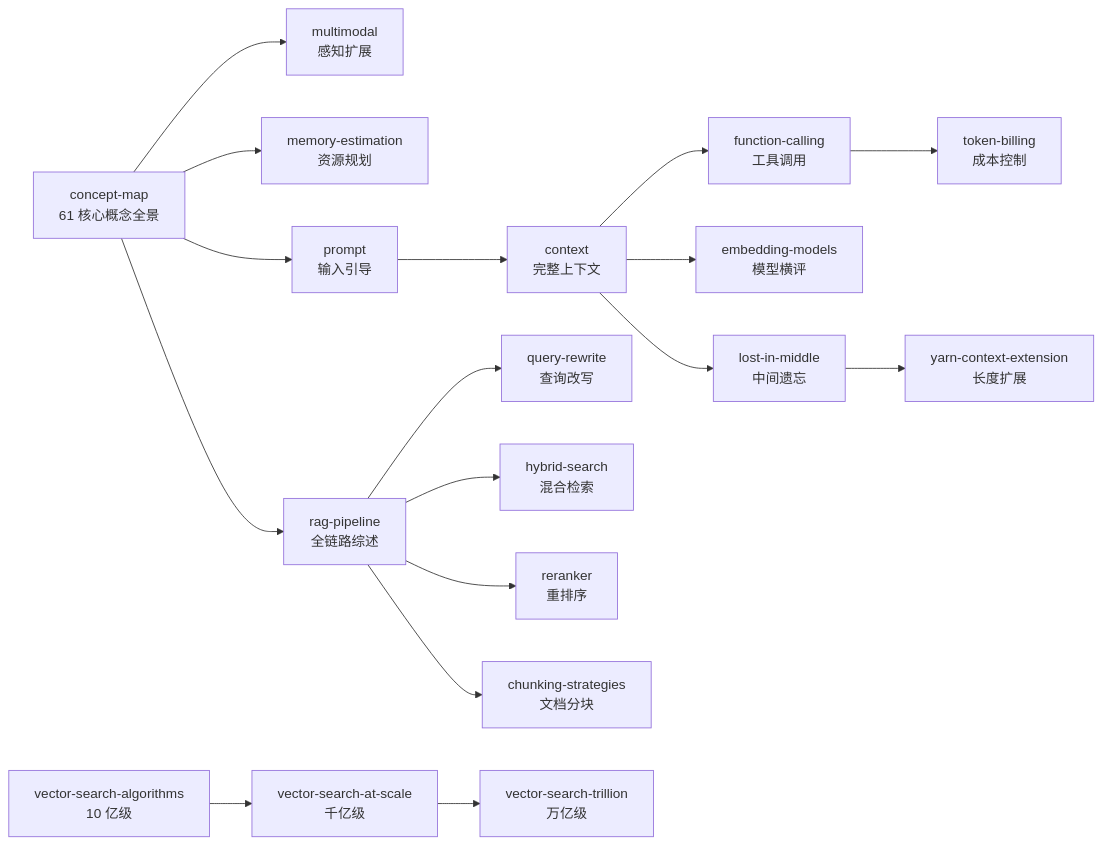
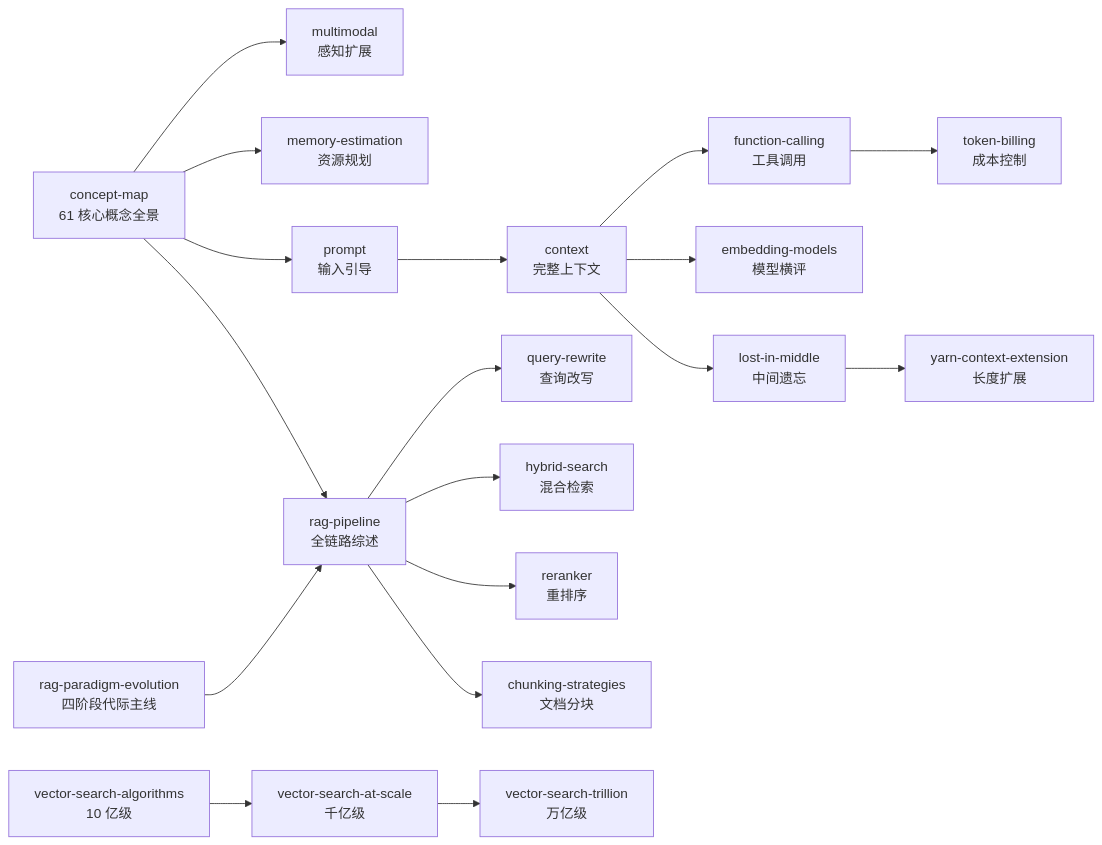
Before and after one commit to wb04307201/wb04307201: the diagram in note/11.ai/02-technology-stack/README.md, drawn with Mermaid. The commit also changed other lines of this file and 1 other file, not shown here.

First line of the commit message:
feat(note): 11.ai/02-technology-stack - 新增 RAG 范式演进四阶段深度原理

````diff
--- a/note/11.ai/02-technology-stack/README.md
+++ b/note/11.ai/02-technology-stack/README.md
@@ -63,22 +64,23 @@
 ```mermaid
 graph LR
     A[concept-map<br/>61 核心概念全景] --> B[multimodal<br/>感知扩展]
     A --> C[memory-estimation<br/>资源规划]
     A --> D[prompt<br/>输入引导]
     D --> E[context<br/>完整上下文]
     E --> F[function-calling<br/>工具调用]
     F --> G[token-billing<br/>成本控制]
 
     A --> R[rag-pipeline<br/>全链路综述]
+    EV[rag-paradigm-evolution<br/>四阶段代际主线] --> R
     R --> R1[query-rewrite<br/>查询改写]
     R --> R2[hybrid-search<br/>混合检索]
     R --> R3[reranker<br/>重排序]
     R --> R4[chunking-strategies<br/>文档分块]
 
     V[vector-search-algorithms<br/>10 亿级] --> V2[vector-search-at-scale<br/>千亿级]
     V2 --> V3[vector-search-trillion<br/>万亿级]
 
     E --> EM[embedding-models<br/>模型横评]
     E --> LM[lost-in-middle<br/>中间遗忘]
     LM --> Y[yarn-context-extension<br/>长度扩展]
 ```
````
